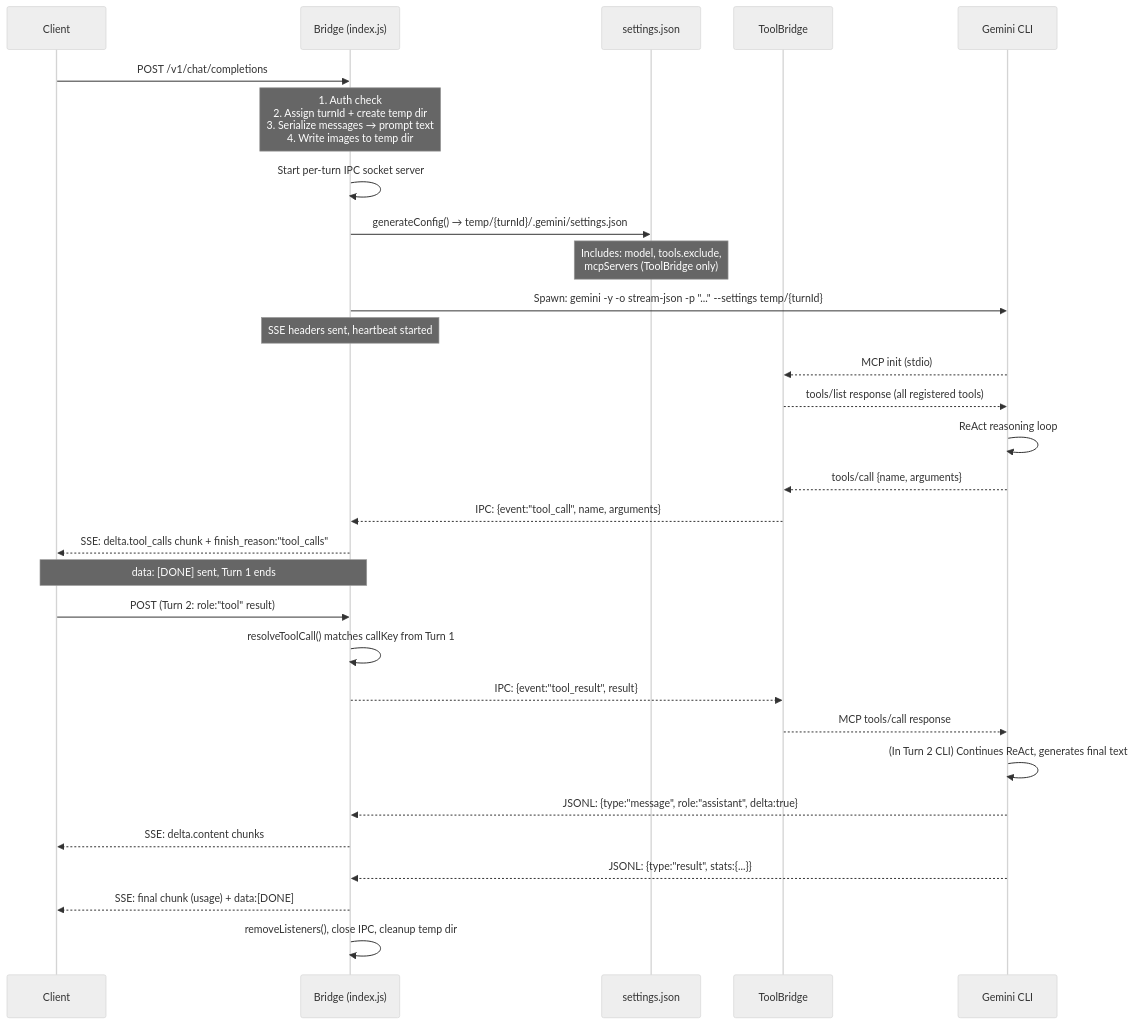
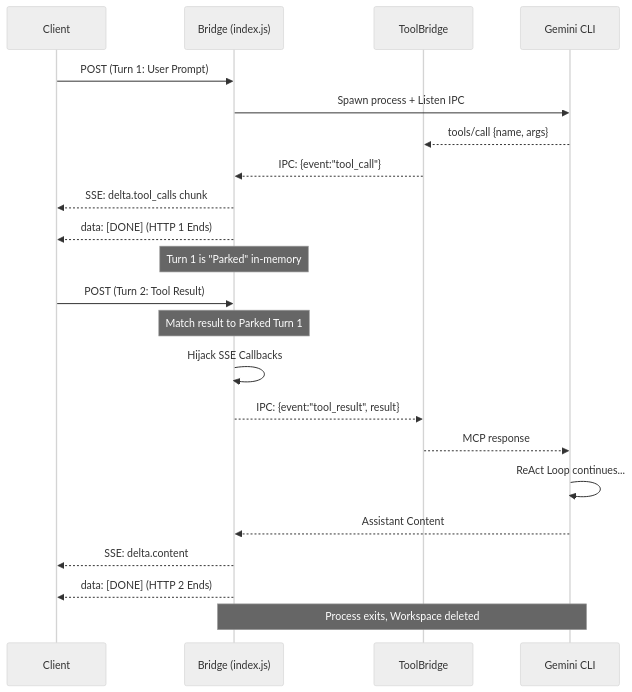
The second of 2 diagrams in ARCHITECTURE.md (h0tp-ftw/ionosphere), drawn with Mermaid (neutral theme) before and after one commit. The commit also changed other lines of this file and 1 other file, not shown here.

Commit message:
docs: update architecture and readme for stateless design

````diff
--- a/ARCHITECTURE.md
+++ b/ARCHITECTURE.md
@@ -38,33 +56,26 @@
 ```mermaid
 sequenceDiagram
     participant C as Client
     participant B as Bridge (index.js)
-    participant S as settings.json
     participant TB as ToolBridge
     participant CLI as Gemini CLI
 
-    C->>B: POST /v1/chat/completions
-    Note over B: 1. Auth check<br/>2. Assign turnId + create temp dir<br/>3. Serialize messages → prompt text<br/>4. Write images to temp dir
-    B->>B: Start per-turn IPC socket server
-    B->>S: generateConfig() → temp/{turnId}/.gemini/settings.json
-    Note over S: Includes: model, tools.exclude,<br/>mcpServers (ToolBridge only)
-    B->>CLI: Spawn: gemini -y -o stream-json -p "..." --settings temp/{turnId}
-    Note over B: SSE headers sent, heartbeat started
-    CLI-->>TB: MCP init (stdio)
-    TB-->>CLI: tools/list response (all registered tools)
-    CLI->>CLI: ReAct reasoning loop
-    CLI-->>TB: tools/call {name, arguments}
-    TB-->>B: IPC: {event:"tool_call", name, arguments}
-    B-->>C: SSE: delta.tool_calls chunk + finish_reason:"tool_calls"
-    Note over B,C: data: [DONE] sent, Turn 1 ends
-    C->>B: POST (Turn 2: role:"tool" result)
-    B->>B: resolveToolCall() matches callKey from Turn 1
+    C->>B: POST (Turn 1: User Prompt)
+    B->>CLI: Spawn process + Listen IPC
+    CLI-->>TB: tools/call {name, args}
+    TB-->>B: IPC: {event:"tool_call"}
+    B-->>C: SSE: delta.tool_calls chunk
+    B-->>C: data: [DONE] (HTTP 1 Ends)
+    Note over B: Turn 1 is "Parked" in-memory
+
+    C->>B: POST (Turn 2: Tool Result)
+    Note over B: Match result to Parked Turn 1
+    B->>B: Hijack SSE Callbacks
     B-->>TB: IPC: {event:"tool_result", result}
-    TB-->>CLI: MCP tools/call response
-    CLI->>CLI: (In Turn 2 CLI) Continues ReAct, generates final text
-    CLI-->>B: JSONL: {type:"message", role:"assistant", delta:true}
-    B-->>C: SSE: delta.content chunks
-    CLI-->>B: JSONL: {type:"result", stats:{...}}
-    B-->>C: SSE: final chunk (usage) + data:[DONE]
-    B->>B: removeListeners(), close IPC, cleanup temp dir
+    TB-->>CLI: MCP response
+    CLI->>CLI: ReAct Loop continues...
+    CLI-->>B: Assistant Content
+    B-->>C: SSE: delta.content
+    B-->>C: data: [DONE] (HTTP 2 Ends)
+    Note over B,CLI: Process exits, Workspace deleted
 ```
````
